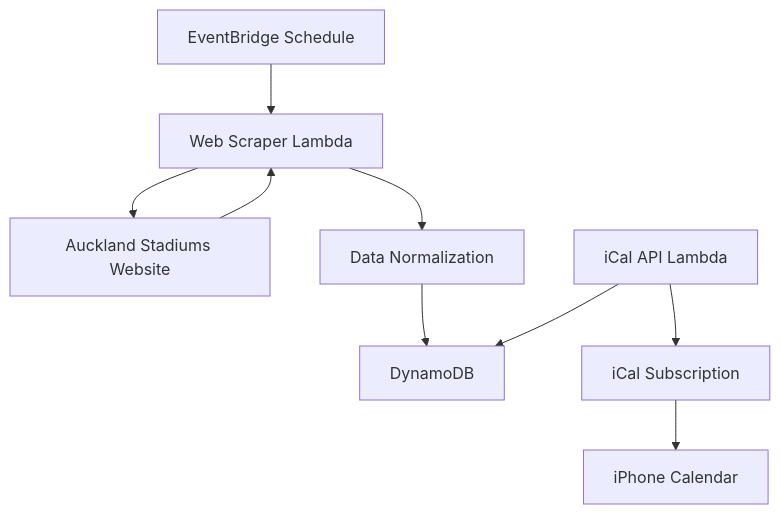
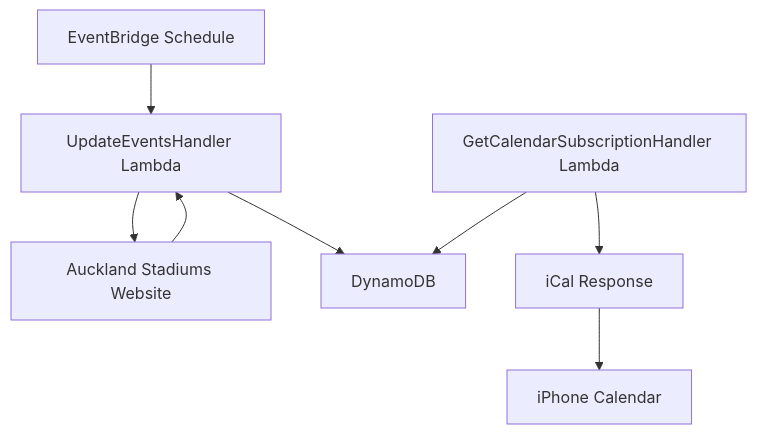
The diagram in event_calendar_api/README.md (jordansimsmith/jordansimsmith-com), drawn with Mermaid before and after one commit. The commit also changed other lines of this file, not shown here.

Commit message:
Update documentation for event_tracker_api

````diff
--- a/event_calendar_api/README.md
+++ b/event_calendar_api/README.md
@@ -7,11 +7,10 @@
 ```mermaid
 graph TD
-  A[EventBridge Schedule] --> B[Web Scraper Lambda]
+  A[EventBridge Schedule] --> B[UpdateEventsHandler Lambda]
   B --> C[Auckland Stadiums Website]
   C --> B
-  B --> D[Data Normalization]
-  D --> E[DynamoDB]
-  F[iCal API Lambda] --> E
-  F --> G[iCal Subscription]
-  G --> H[iPhone Calendar]
+  B --> D[DynamoDB]
+  E[GetCalendarSubscriptionHandler Lambda] --> D
+  E --> F[iCal Response]
+  F --> G[iPhone Calendar]
 ```
````
